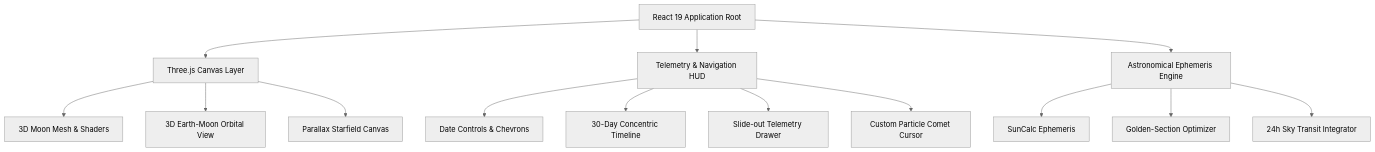
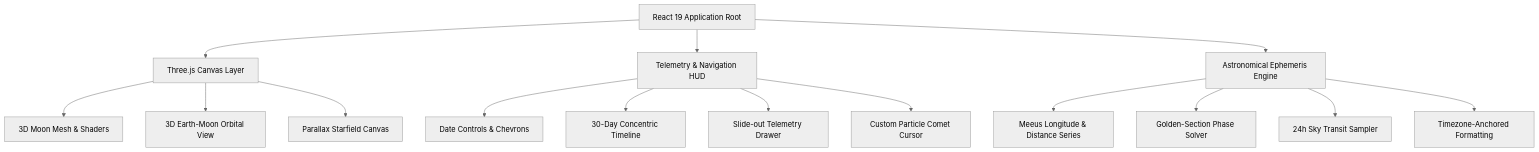
The diagram in README.md (kavindu-rakn/Luna), drawn with Mermaid (neutral theme) before and after one commit. The commit also changed other lines of this file and 2 other files, not shown here.

````diff
--- a/README.md
+++ b/README.md
@@ -150,19 +172,20 @@
 ```mermaid
 graph TD
     A[React 19 Application Root] --> B[Three.js Canvas Layer]
     A --> C[Telemetry & Navigation HUD]
     A --> D[Astronomical Ephemeris Engine]
 
     B --> B1[3D Moon Mesh & Shaders]
     B --> B2[3D Earth-Moon Orbital View]
     B --> B3[Parallax Starfield Canvas]
 
     C --> C1[Date Controls & Chevrons]
     C --> C2[30-Day Concentric Timeline]
     C --> C3[Slide-out Telemetry Drawer]
     C --> C4[Custom Particle Comet Cursor]
 
-    D --> D1[SunCalc Ephemeris]
-    D --> D2[Golden-Section Optimizer]
-    D --> D3[24h Sky Transit Integrator]
+    D --> D1[Meeus Longitude & Distance Series]
+    D --> D2[Golden-Section Phase Solver]
+    D --> D3[24h Sky Transit Sampler]
+    D --> D4[Timezone-Anchored Formatting]
 ```
````
